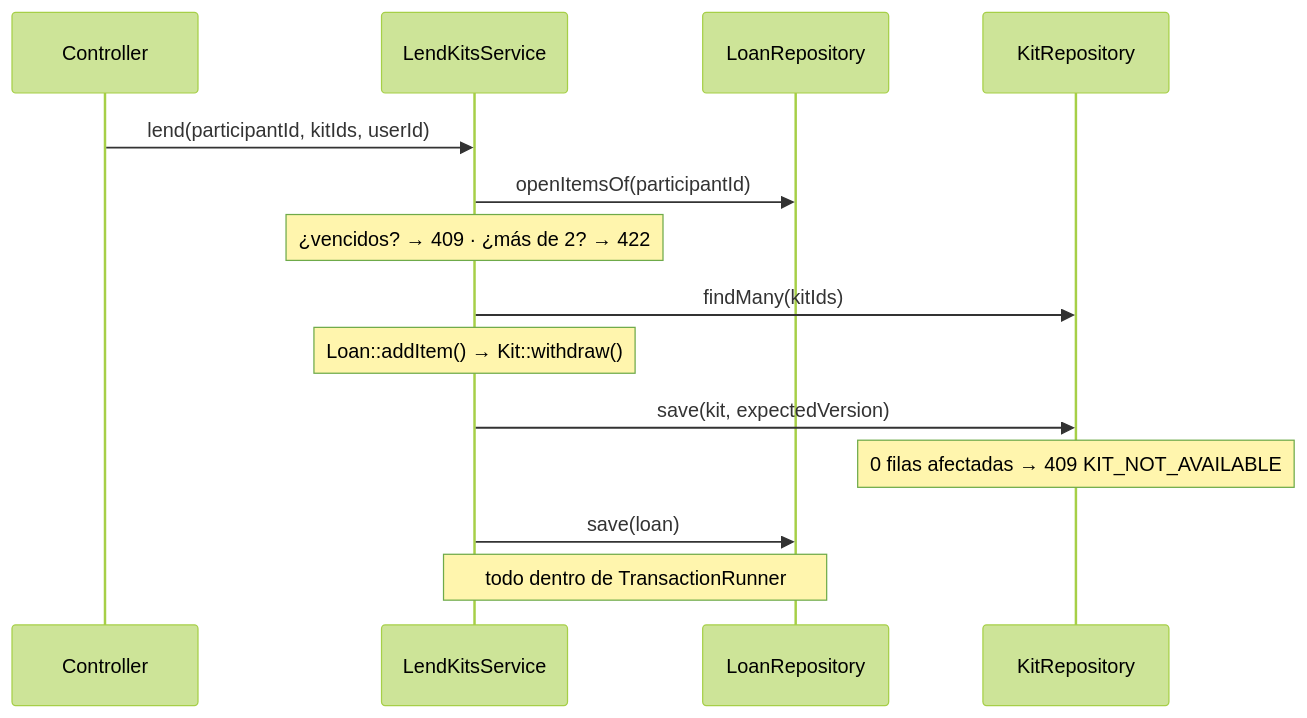
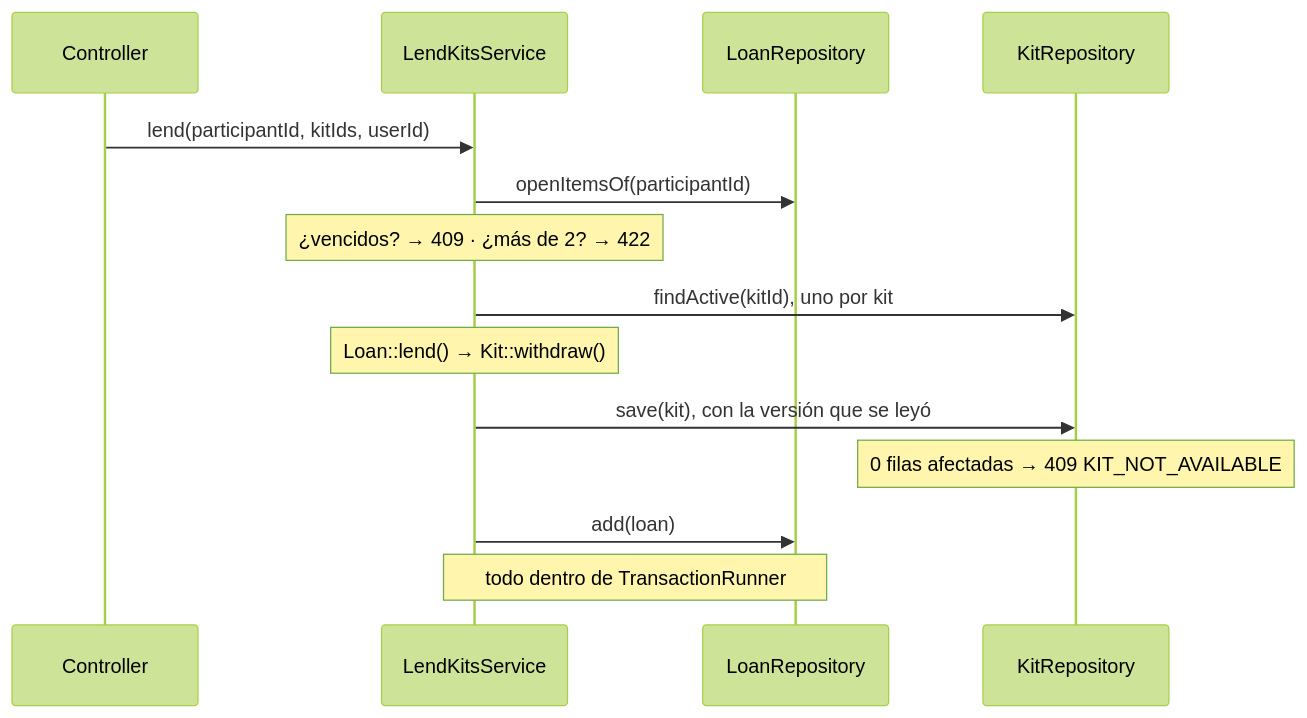
The second of 3 diagrams in 03-execute/30-week/plan-mejoramiento/docs/architecture.md (Johann-Tafur/ADSO-3239137), drawn with Mermaid (forest theme) before and after one commit. The commit also changed other lines of this file, not shown here.

Commit message:
docs: arquitectura usa Loan::lend y los métodos reales del flujo de préstamo

````diff
--- a/03-execute/30-week/plan-mejoramiento/docs/architecture.md
+++ b/03-execute/30-week/plan-mejoramiento/docs/architecture.md
@@ -71,16 +72,16 @@
 ```mermaid
 sequenceDiagram
     participant C as Controller
     participant S as LendKitsService
     participant L as LoanRepository
     participant K as KitRepository
     C->>S: lend(participantId, kitIds, userId)
     S->>L: openItemsOf(participantId)
     Note over S: ¿vencidos? → 409 · ¿más de 2? → 422
-    S->>K: findMany(kitIds)
-    Note over S: Loan::addItem() → Kit::withdraw()
-    S->>K: save(kit, expectedVersion)
+    S->>K: findActive(kitId), uno por kit
+    Note over S: Loan::lend() → Kit::withdraw()
+    S->>K: save(kit), con la versión que se leyó
     Note over K: 0 filas afectadas → 409 KIT_NOT_AVAILABLE
-    S->>L: save(loan)
+    S->>L: add(loan)
     Note over S,L: todo dentro de TransactionRunner
 ```
````
